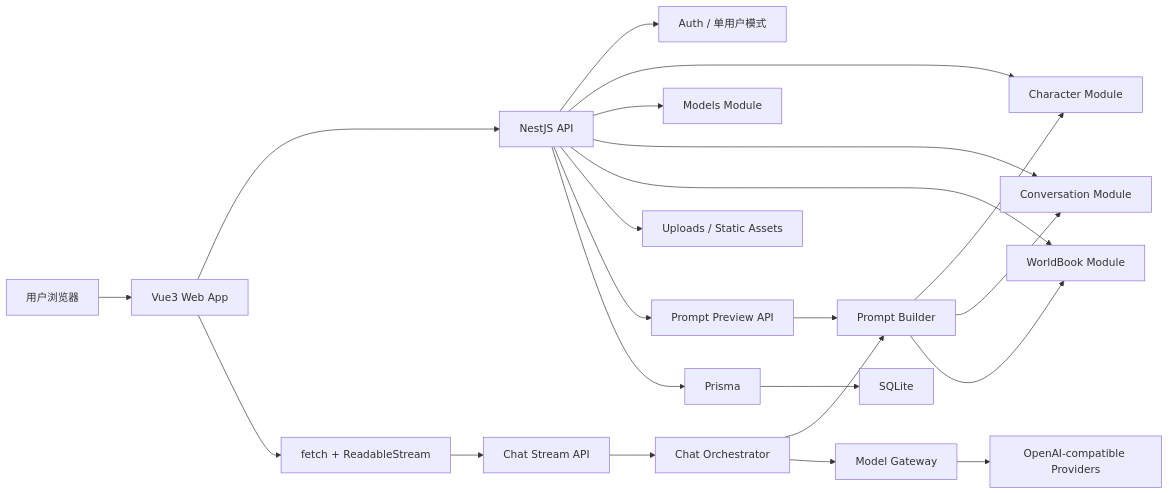
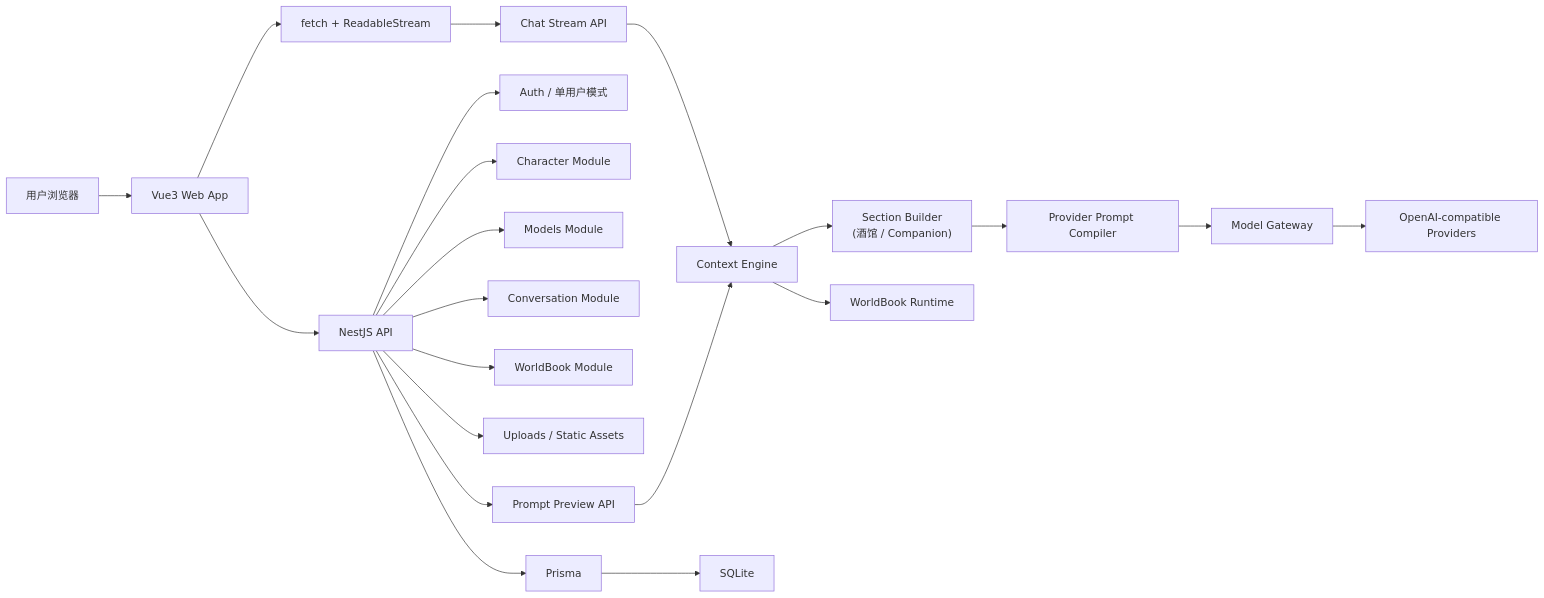
One commit to x-bi/tavern changed the diagram in AGENTS.md. Above: the diagram before and after it, drawn with Mermaid. The commit also changed other lines of this file, not shown here.

````diff
--- a/AGENTS.md
+++ b/AGENTS.md
@@ -94,24 +102,23 @@
 ```mermaid
 flowchart LR
   User["用户浏览器"] --> Web["Vue3 Web App"]
   Web --> Api["NestJS API"]
   Web --> Stream["fetch + ReadableStream"]
   Stream --> Chat["Chat Stream API"]
   Api --> Auth["Auth / 单用户模式"]
   Api --> Character["Character Module"]
   Api --> Models["Models Module"]
   Api --> Conversation["Conversation Module"]
   Api --> WorldBook["WorldBook Module"]
   Api --> Uploads["Uploads / Static Assets"]
   Api --> PromptPreview["Prompt Preview API"]
-  Chat --> Orchestrator["Chat Orchestrator"]
-  Orchestrator --> PromptBuilder["Prompt Builder"]
-  Orchestrator --> ModelGateway["Model Gateway"]
-  PromptPreview --> PromptBuilder
-  PromptBuilder --> Character
-  PromptBuilder --> Conversation
-  PromptBuilder --> WorldBook
+  Chat --> ContextEngine["Context Engine"]
+  PromptPreview --> ContextEngine
+  ContextEngine --> SectionBuild["Section Builder<br/>(酒馆 / Companion)"]
+  SectionBuild --> Compiler["Provider Prompt Compiler"]
+  Compiler --> ModelGateway["Model Gateway"]
+  ContextEngine --> WorldBookRuntime["WorldBook Runtime"]
   ModelGateway --> Providers["OpenAI-compatible Providers"]
   Api --> Prisma["Prisma"]
   Prisma --> SQLite["SQLite"]
 ```
````
